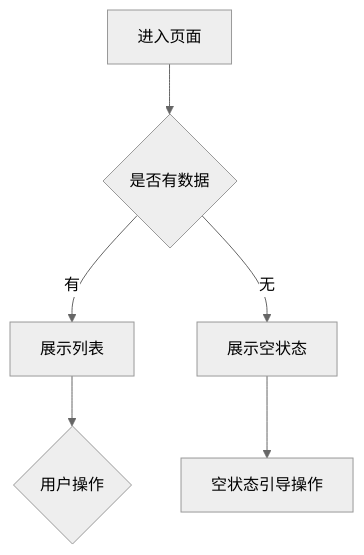
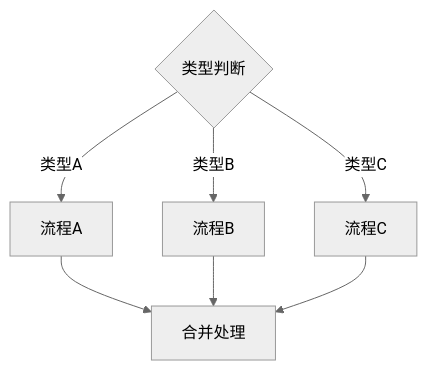
Before and after one commit to lyuxiaohei/prd-auto-generator: the fourth of 4 diagrams in rules/flowchart-rules.md, drawn with Mermaid (neutral theme). The commit also changed other lines of this file and 2 other files, not shown here.

First line of the commit message:
refactor: V0.52 集成diagram-design辅助技能，SKILL.md路由化，新增VERSIONING.md

````diff
--- a/rules/flowchart-rules.md
+++ b/rules/flowchart-rules.md
@@ -144,8 +236,10 @@
 ```mermaid
-flowchart TD
-    A[进入页面] --> B{是否有数据}
-    B -->|有| C[展示列表]
-    B -->|无| D[展示空状态]
-    C --> E{用户操作}
-    D --> F[空状态引导操作]
+flowchart TB
+    Branch{类型判断}
+    Branch -->|类型A| FlowA[流程A]
+    Branch -->|类型B| FlowB[流程B]
+    Branch -->|类型C| FlowC[流程C]
+    FlowA --> Merge[合并处理]
+    FlowB --> Merge
+    FlowC --> Merge
 ```
````
